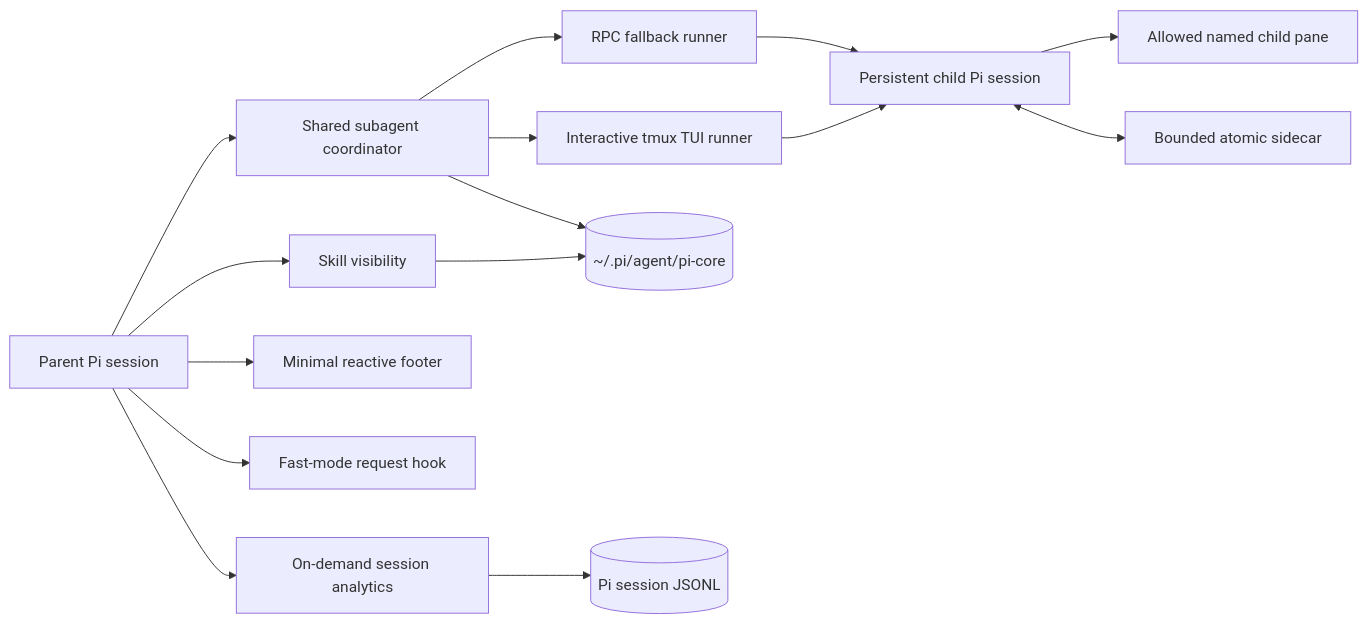
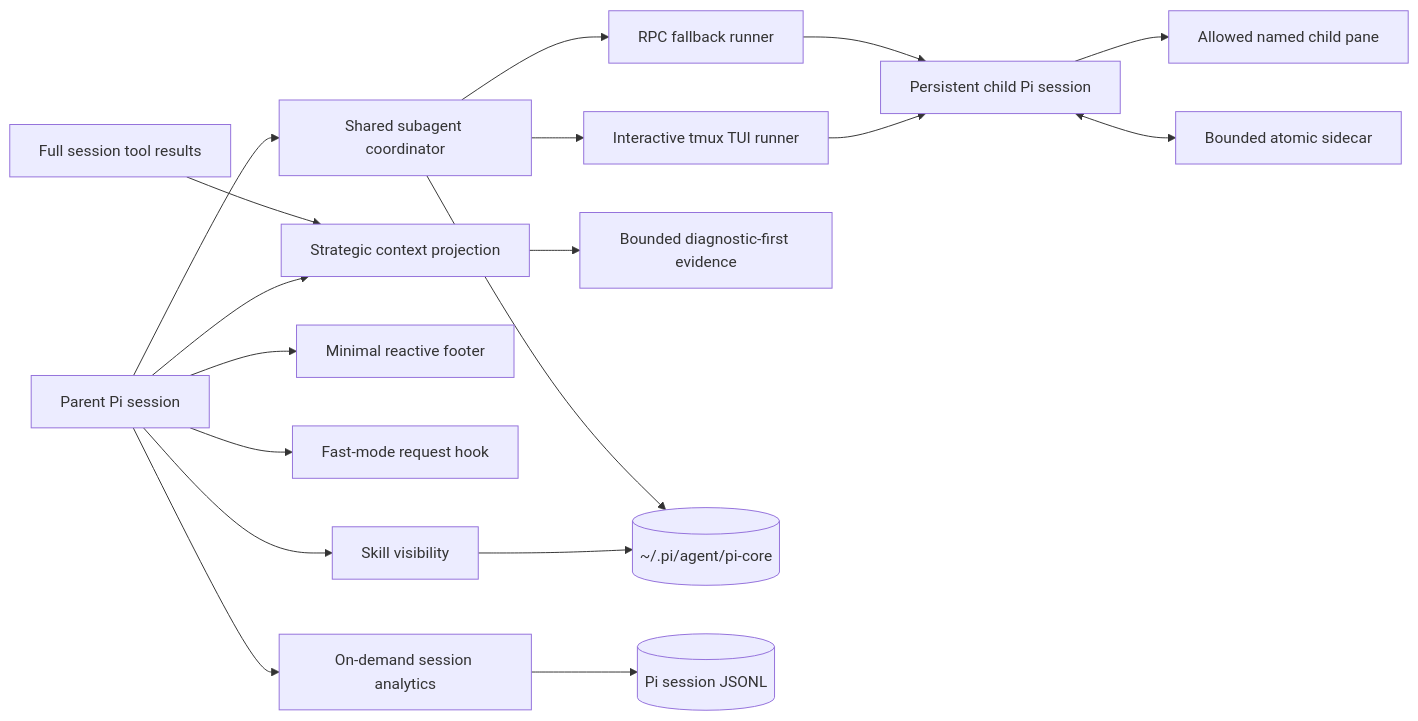
Before and after one commit to enzodevs/pi-core: the diagram in README.md, drawn with Mermaid. The commit also changed other lines of this file and 9 other files, not shown here.

Commit message:
feat: add strategic tool context guard

````diff
--- a/README.md
+++ b/README.md
@@ -273,17 +280,20 @@
 ```mermaid
 flowchart LR
     Pi[Parent Pi session] --> Skills[Skill visibility]
     Pi --> Agents[Shared subagent coordinator]
     Agents --> Tmux[Interactive tmux TUI runner]
     Agents --> RPC[RPC fallback runner]
     Tmux --> Child[Persistent child Pi session]
     RPC --> Child
     Child --> Nested[Allowed named child pane]
     Child <--> Sidecar[Bounded atomic sidecar]
     Pi --> Footer[Minimal reactive footer]
     Pi --> Fast[Fast-mode request hook]
     Pi --> Analytics[On-demand session analytics]
+    Pi --> Guard[Strategic context projection]
+    ToolResults[Full session tool results] --> Guard
+    Guard --> Model[Bounded diagnostic-first evidence]
     Skills --> Store[(~/.pi/agent/pi-core)]
     Agents --> Store
     Analytics --> Sessions[(Pi session JSONL)]
 ```
````
